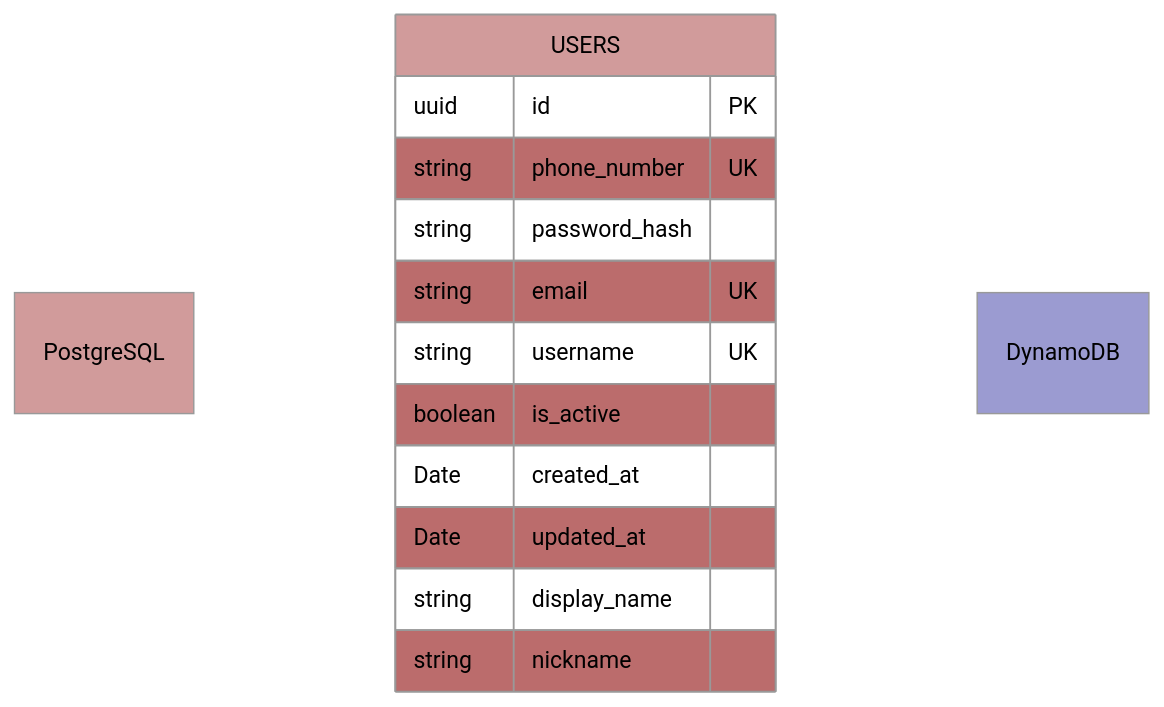
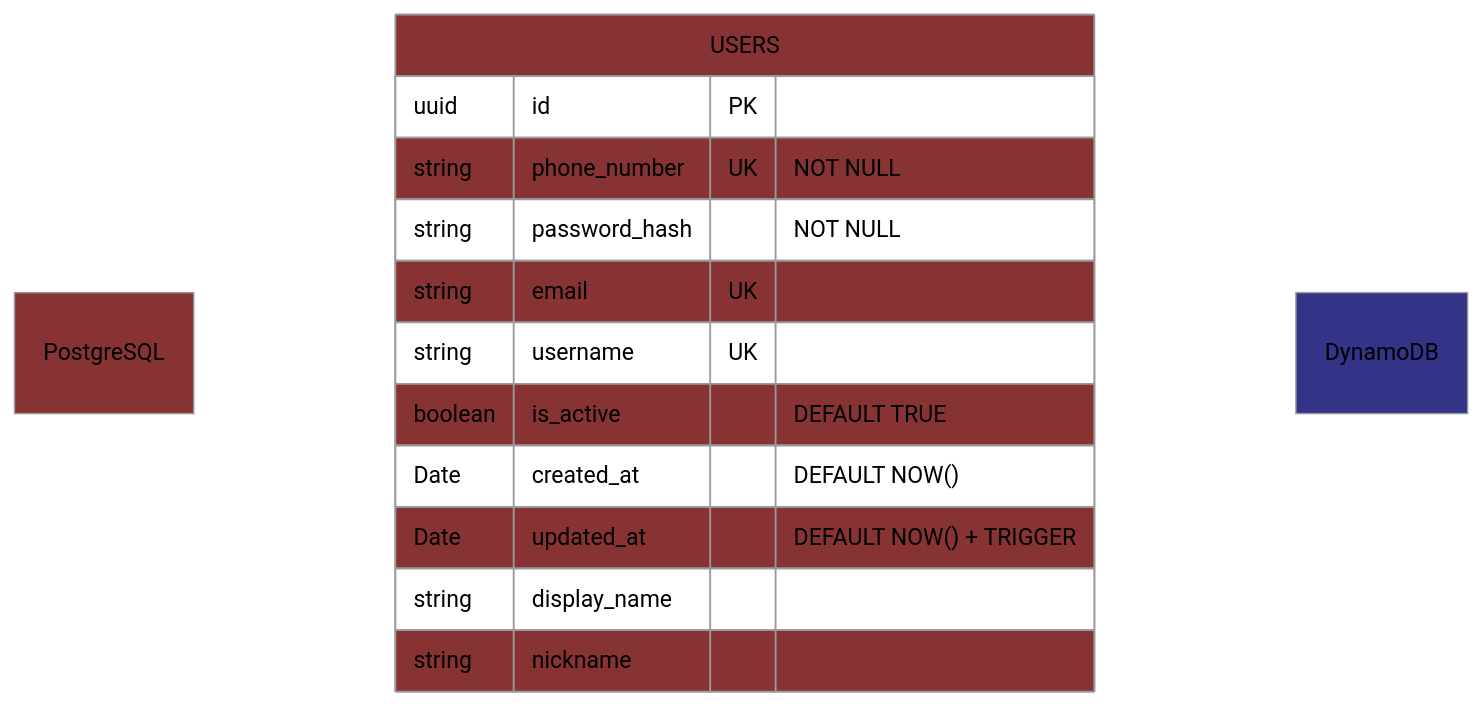
Before and after one commit to hadiahmad06/jiko: the first of 4 diagrams in backend/docs/erdiagram.md, drawn with Mermaid (neutral theme). The commit also changed other lines of this file and 3 other files, not shown here.

Commit message:
backend: docs: updated er diagrama and routes diagram, will reflect

````diff
--- a/backend/docs/erdiagram.md
+++ b/backend/docs/erdiagram.md
@@ -3,23 +3,25 @@
 ```mermaid
 erDiagram
 
-    PostgreSQL:::postgres
+    PostgreSQL:::postgres_
 
-    USERS:::postgres {
+    USERS:::postgres_ {
         uuid id PK
-        string phone_number UK
-        string password_hash
+        string phone_number UK "NOT NULL"
+        string password_hash "NOT NULL"
         string email UK
         string username UK
-        boolean is_active
-        Date created_at
-        Date updated_at
+        boolean is_active "DEFAULT TRUE"
+        Date created_at "DEFAULT NOW()"
+        Date updated_at "DEFAULT NOW() + TRIGGER"
         string display_name
         string nickname
     }
 
-    DynamoDB:::dynamodb
+    DynamoDB:::dynamodb_
 
-    classDef postgres fill:#a448
-    classDef dynamodb fill:#44a8
+    classDef postgres fill:#8334
+    classDef dynamodb fill:#3384
+    classDef postgres_ fill:#833
+    classDef dynamodb_ fill:#338
 ```
````
